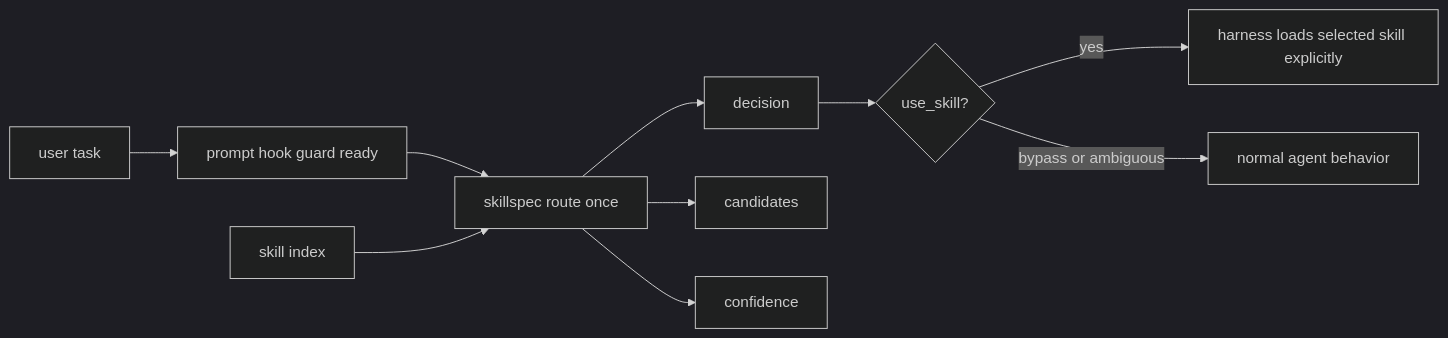
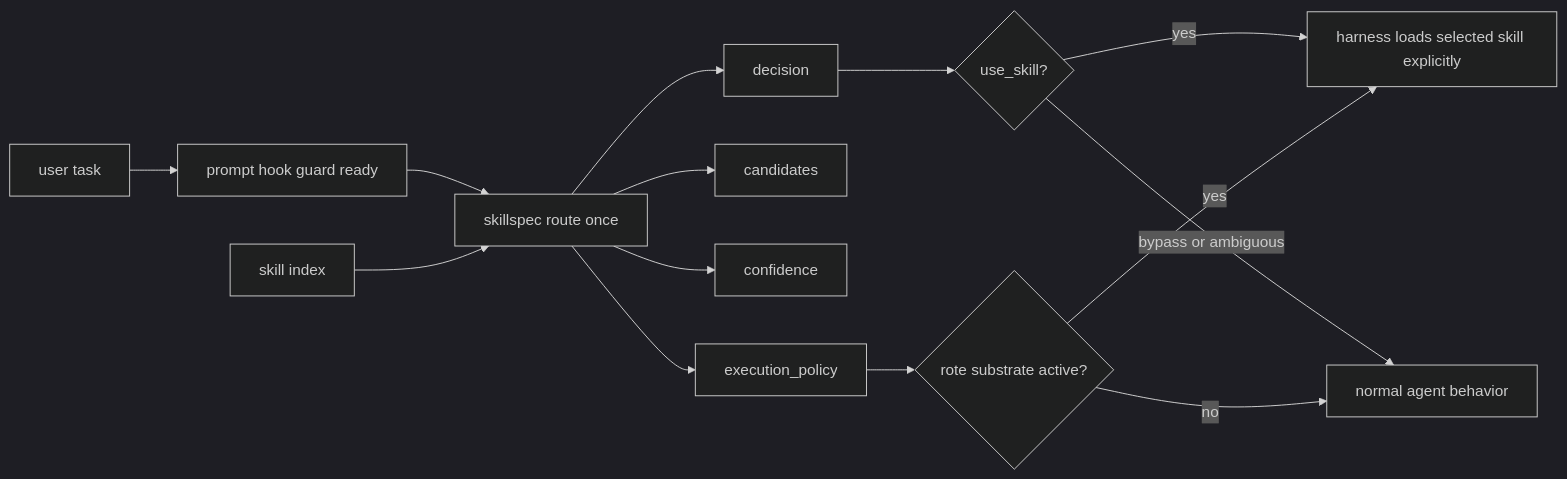
Before and after one commit to modiqo/skillspec: the third of 5 diagrams in docs/design/explained/03-router-mode.md, drawn with Mermaid (dark theme). The commit also changed other lines of this file and 11 other files, not shown here.

Commit message:
fix: add router execution policy gate

````diff
--- a/docs/design/explained/03-router-mode.md
+++ b/docs/design/explained/03-router-mode.md
@@ -100,12 +105,16 @@
 ```mermaid
 flowchart LR
     A[user task] --> B[prompt hook guard ready]
     B --> C[skillspec route once]
     D[skill index] --> C
     C --> E[decision]
     C --> F[candidates]
     C --> G[confidence]
+    C --> K[execution_policy]
     E --> H{use_skill?}
     H -->|yes| I[harness loads selected skill explicitly]
     H -->|bypass or ambiguous| J[normal agent behavior]
+    K --> L{rote substrate active?}
+    L -->|yes| I
+    L -->|no| J
 ```
````
